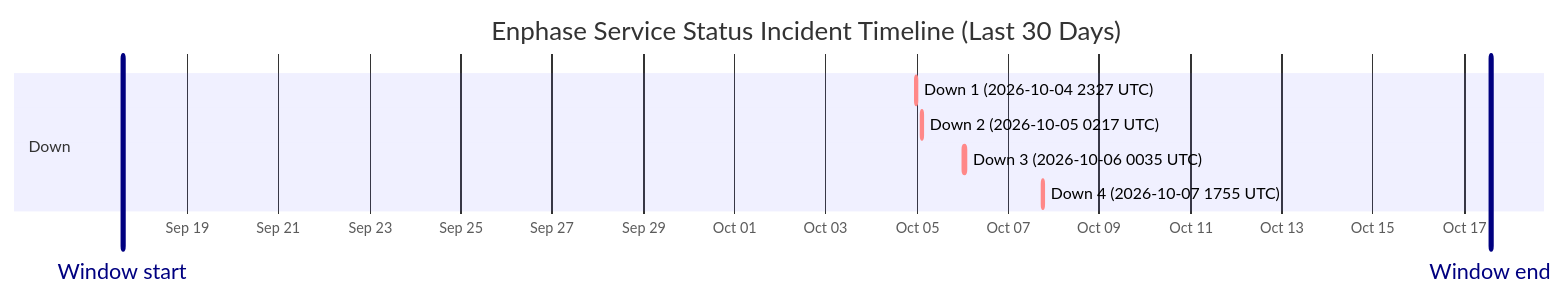
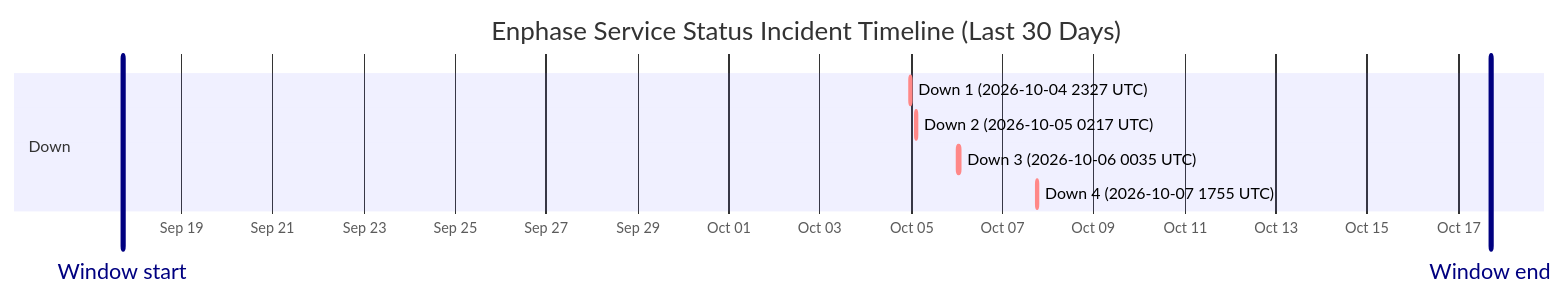
Before and after one commit to barneyonline/ha-enphase-energy: the diagram in wiki/Service-Status-History.md, drawn with Mermaid. The commit also changed other lines of this file and 3 other files, not shown here.

````diff
--- a/wiki/Service-Status-History.md
+++ b/wiki/Service-Status-History.md
@@ -14,13 +14,13 @@
 ```mermaid
 gantt
     title Enphase Service Status Incident Timeline (Last 30 Days)
     dateFormat  YYYY-MM-DDTHH:mm:ss
     axisFormat  %b %d
-    Window start :vert, window-start, 2026-09-17T13:50:29, 0ms
-    Window end :vert, window-end, 2026-10-17T13:50:29, 0ms
+    Window start :vert, window-start, 2026-09-17T16:50:32, 0ms
+    Window end :vert, window-end, 2026-10-17T16:50:32, 0ms
     section Down
     Down 1 (2026-10-04 2327 UTC) :crit, down-1, 2026-10-04T23:27:34, 60m
     Down 2 (2026-10-05 0217 UTC) :crit, down-2, 2026-10-05T02:17:30, 60m
     Down 3 (2026-10-06 0035 UTC) :crit, down-3, 2026-10-06T00:35:21, 60m
     Down 4 (2026-10-07 1755 UTC) :crit, down-4, 2026-10-07T17:55:16, 60m
 ```
````
